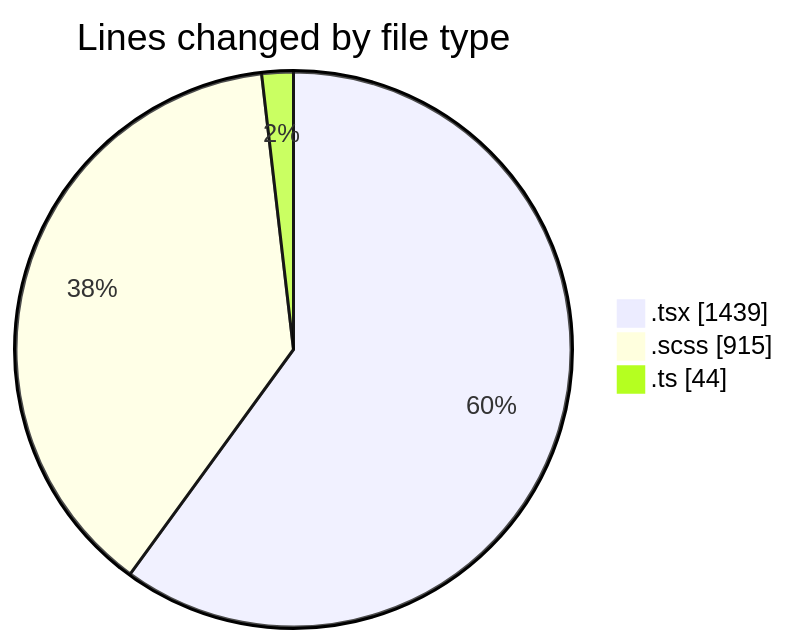
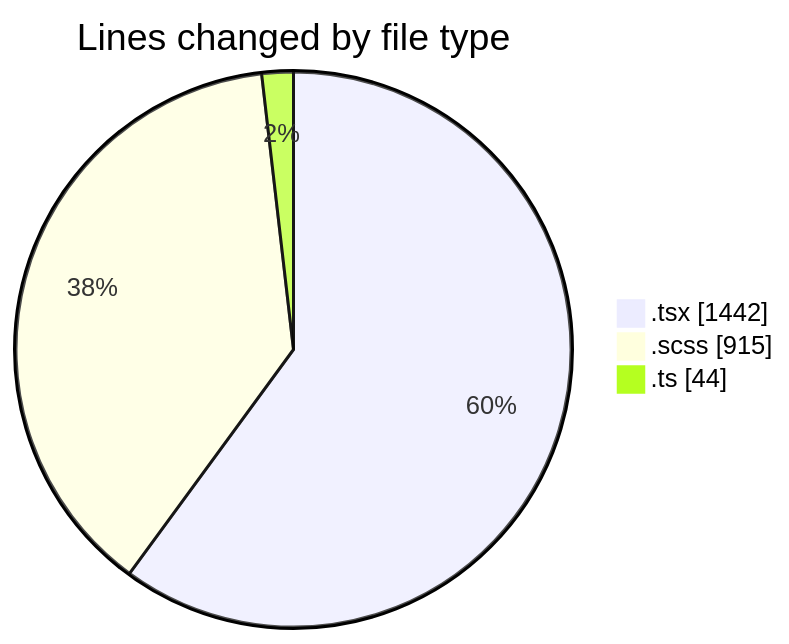
The first of 2 diagrams in 2025-03-27/cda/README.md (momahboobian/code-tracking), drawn with Mermaid before and after one commit. The commit also changed other lines of this file and 1 other file, not shown here.

````diff
--- a/2025-03-27/cda/README.md
+++ b/2025-03-27/cda/README.md
@@ -29,7 +29,7 @@
 ```mermaid
 pie showData
 title Lines changed by file type
-".tsx" : 1439
+".tsx" : 1442
 ".scss" : 915
 ".ts" : 44
 ```
````
